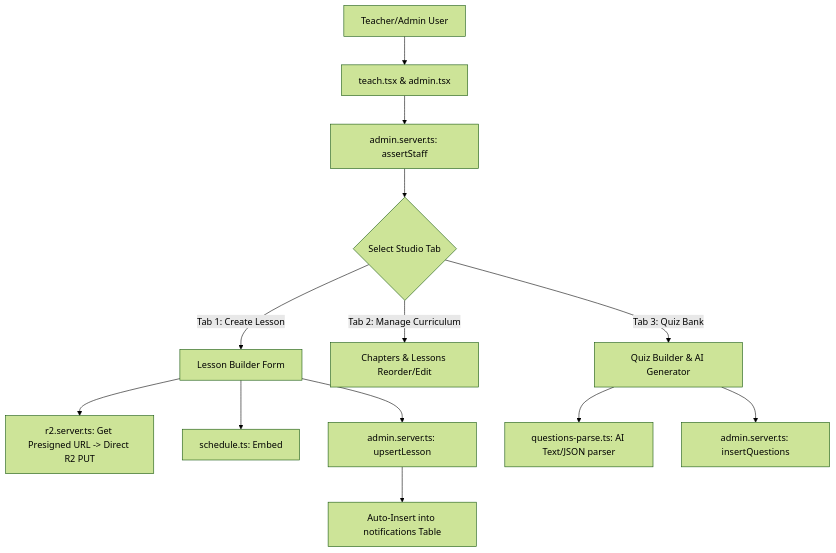
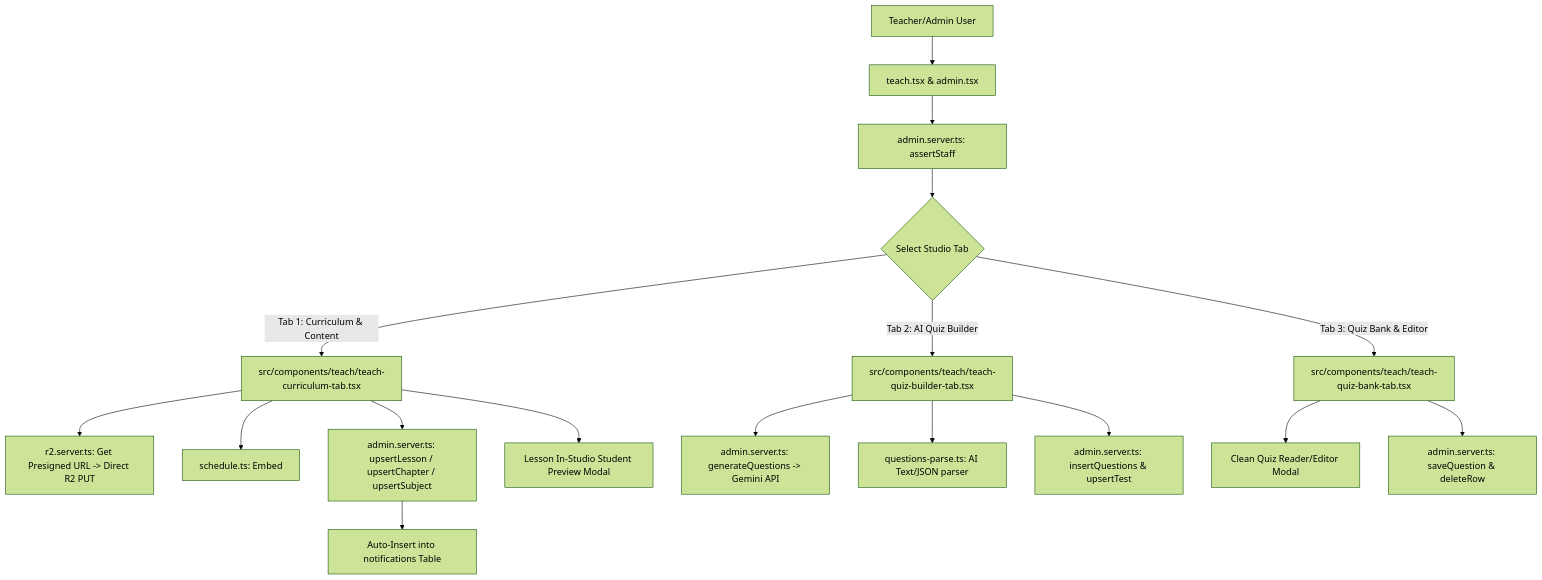
One commit to riteshneha2011-commits/easy-padhai changed the fifth of 6 diagrams in ARCHITECTURE_FLOW_MAP.md. Above: the diagram before and after it, drawn with Mermaid (forest theme). The commit also changed other lines of this file and 1 other file, not shown here.

Commit message:
docs: update blueprint and flow map with decoupled teacher studio architecture

````diff
--- a/ARCHITECTURE_FLOW_MAP.md
+++ b/ARCHITECTURE_FLOW_MAP.md
@@ -131,17 +131,22 @@
 ```mermaid
 flowchart TD
     Teacher[Teacher/Admin User] --> TeachRoute[teach.tsx & admin.tsx]
     TeachRoute --> Gate[admin.server.ts: assertStaff]
     Gate --> Tabs{Select Studio Tab}
 
-    Tabs -->|Tab 1: Create Lesson| L1[Lesson Builder Form]
-    L1 --> UploadR2[r2.server.ts: Get Presigned URL -> Direct R2 PUT]
-    L1 --> Sched[schedule.ts: Embed <!--SCHEDULED:ISO-->]
-    L1 --> SaveL[admin.server.ts: upsertLesson]
+    Tabs -->|Tab 1: Curriculum & Content| C1[src/components/teach/teach-curriculum-tab.tsx]
+    C1 --> UploadR2[r2.server.ts: Get Presigned URL -> Direct R2 PUT]
+    C1 --> Sched[schedule.ts: Embed <!--SCHEDULED:ISO-->]
+    C1 --> SaveL[admin.server.ts: upsertLesson / upsertChapter / upsertSubject]
     SaveL --> AutoNotif[Auto-Insert into notifications Table]
+    C1 --> PreviewL[Lesson In-Studio Student Preview Modal]
 
-    Tabs -->|Tab 2: Manage Curriculum| L2[Chapters & Lessons Reorder/Edit]
-    Tabs -->|Tab 3: Quiz Bank| L3[Quiz Builder & AI Generator]
-    L3 --> ParseQ[questions-parse.ts: AI Text/JSON parser]
-    L3 --> SaveQ[admin.server.ts: insertQuestions]
+    Tabs -->|Tab 2: AI Quiz Builder| C2[src/components/teach/teach-quiz-builder-tab.tsx]
+    C2 --> GeminiAI[admin.server.ts: generateQuestions -> Gemini API]
+    C2 --> ParseQ[questions-parse.ts: AI Text/JSON parser]
+    C2 --> SaveQ[admin.server.ts: insertQuestions & upsertTest]
+
+    Tabs -->|Tab 3: Quiz Bank & Editor| C3[src/components/teach/teach-quiz-bank-tab.tsx]
+    C3 --> EditModal[Clean Quiz Reader/Editor Modal]
+    C3 --> UpdateQ[admin.server.ts: saveQuestion & deleteRow]
 ```
````
